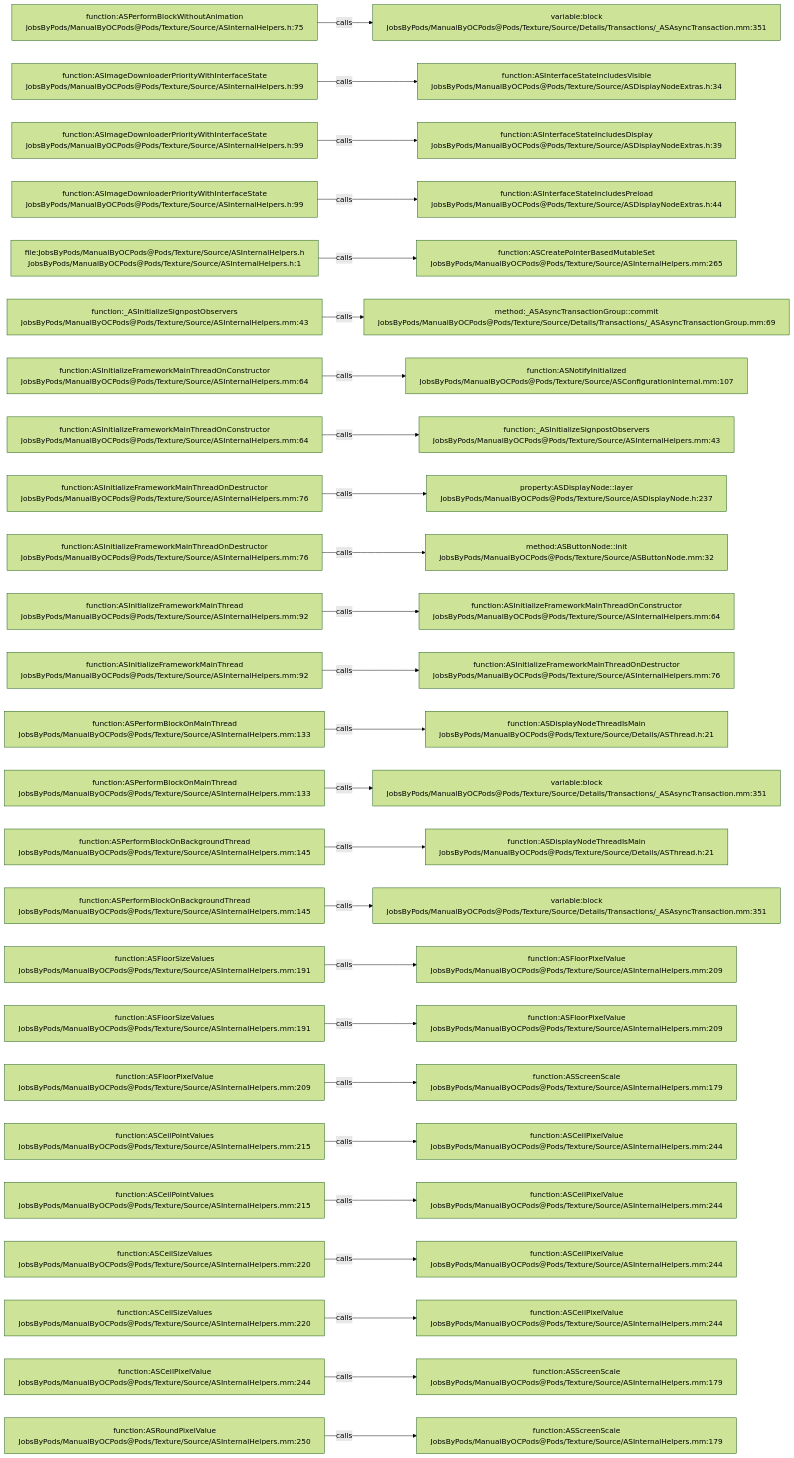
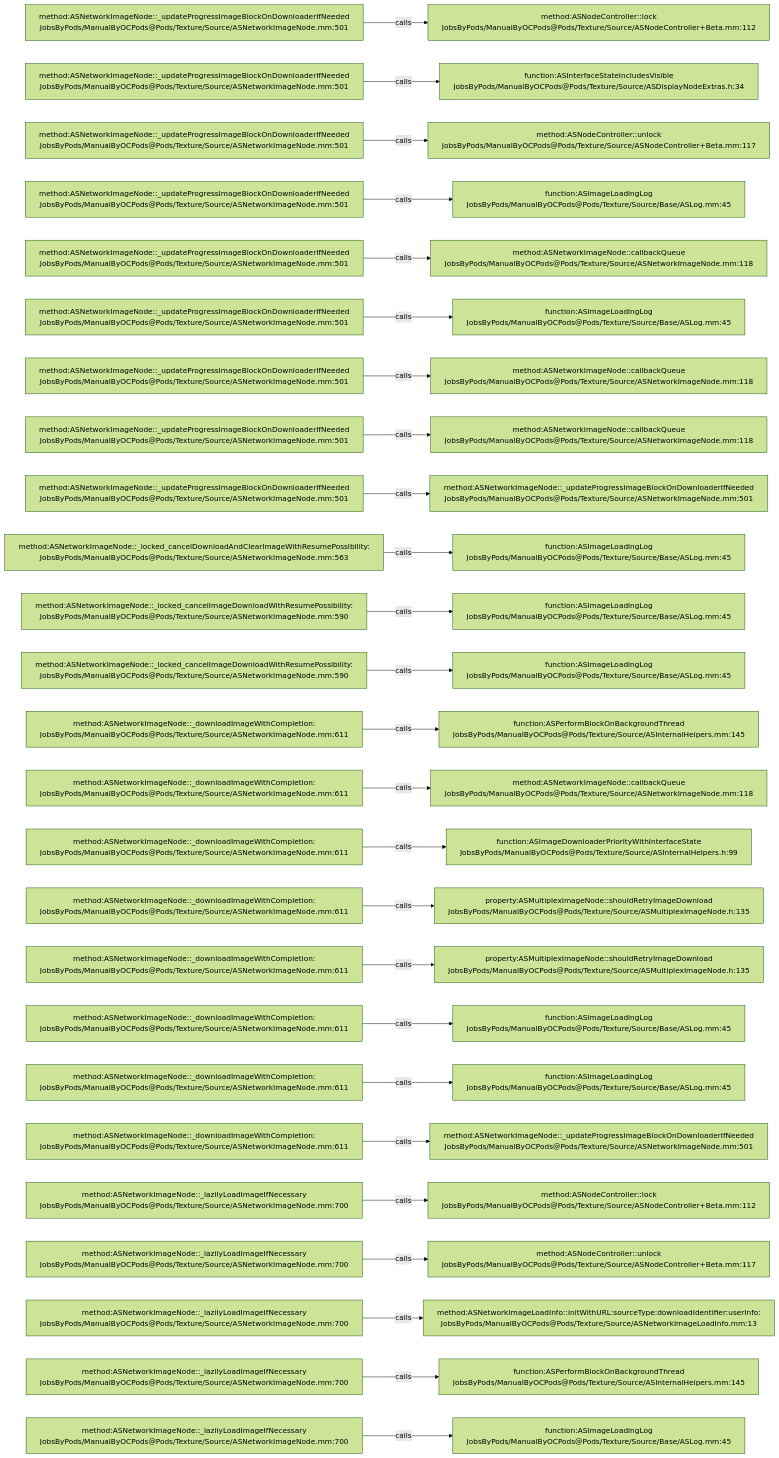
One commit to JobsKits/JobsOCBaseConfigDemo changed the diagram in .codegraph/codegraph.md/graphs/calls-103.md. Above: the diagram before and after it, drawn with Mermaid (forest theme). The commit also changed 2723 other files, not shown here.

````diff
--- a/.codegraph/codegraph.md/graphs/calls-103.md
+++ b/.codegraph/codegraph.md/graphs/calls-103.md
@@ -13,78 +13,78 @@
 ```mermaid
 flowchart LR
-  S1["function:ASPerformBlockWithoutAnimation<br/>JobsByPods/ManualByOCPods@Pods/Texture/Source/ASInternalHelpers.h:75"]
-  T1["variable:block<br/>JobsByPods/ManualByOCPods@Pods/Texture/Source/Details/Transactions/_ASAsyncTransaction.mm:351"]
+  S1["method:ASNetworkImageNode::_updateProgressImageBlockOnDownloaderIfNeeded<br/>JobsByPods/ManualByOCPods@Pods/Texture/Source/ASNetworkImageNode.mm:501"]
+  T1["method:ASNodeController::lock<br/>JobsByPods/ManualByOCPods@Pods/Texture/Source/ASNodeController+Beta.mm:112"]
   S1 -->|calls| T1
-  S2["function:ASImageDownloaderPriorityWithInterfaceState<br/>JobsByPods/ManualByOCPods@Pods/Texture/Source/ASInternalHelpers.h:99"]
+  S2["method:ASNetworkImageNode::_updateProgressImageBlockOnDownloaderIfNeeded<br/>JobsByPods/ManualByOCPods@Pods/Texture/Source/ASNetworkImageNode.mm:501"]
   T2["function:ASInterfaceStateIncludesVisible<br/>JobsByPods/ManualByOCPods@Pods/Texture/Source/ASDisplayNodeExtras.h:34"]
   S2 -->|calls| T2
-  S3["function:ASImageDownloaderPriorityWithInterfaceState<br/>JobsByPods/ManualByOCPods@Pods/Texture/Source/ASInternalHelpers.h:99"]
-  T3["function:ASInterfaceStateIncludesDisplay<br/>JobsByPods/ManualByOCPods@Pods/Texture/Source/ASDisplayNodeExtras.h:39"]
+  S3["method:ASNetworkImageNode::_updateProgressImageBlockOnDownloaderIfNeeded<br/>JobsByPods/ManualByOCPods@Pods/Texture/Source/ASNetworkImageNode.mm:501"]
+  T3["method:ASNodeController::unlock<br/>JobsByPods/ManualByOCPods@Pods/Texture/Source/ASNodeController+Beta.mm:117"]
   S3 -->|calls| T3
-  S4["function:ASImageDownloaderPriorityWithInterfaceState<br/>JobsByPods/ManualByOCPods@Pods/Texture/Source/ASInternalHelpers.h:99"]
-  T4["function:ASInterfaceStateIncludesPreload<br/>JobsByPods/ManualByOCPods@Pods/Texture/Source/ASDisplayNodeExtras.h:44"]
+  S4["method:ASNetworkImageNode::_updateProgressImageBlockOnDownloaderIfNeeded<br/>JobsByPods/ManualByOCPods@Pods/Texture/Source/ASNetworkImageNode.mm:501"]
+  T4["function:ASImageLoadingLog<br/>JobsByPods/ManualByOCPods@Pods/Texture/Source/Base/ASLog.mm:45"]
   S4 -->|calls| T4
-  S5["file:JobsByPods/ManualByOCPods@Pods/Texture/Source/ASInternalHelpers.h<br/>JobsByPods/ManualByOCPods@Pods/Texture/Source/ASInternalHelpers.h:1"]
-  T5["function:ASCreatePointerBasedMutableSet<br/>JobsByPods/ManualByOCPods@Pods/Texture/Source/ASInternalHelpers.mm:265"]
+  S5["method:ASNetworkImageNode::_updateProgressImageBlockOnDownloaderIfNeeded<br/>JobsByPods/ManualByOCPods@Pods/Texture/Source/ASNetworkImageNode.mm:501"]
+  T5["method:ASNetworkImageNode::callbackQueue<br/>JobsByPods/ManualByOCPods@Pods/Texture/Source/ASNetworkImageNode.mm:118"]
   S5 -->|calls| T5
-  S6["function:_ASInitializeSignpostObservers<br/>JobsByPods/ManualByOCPods@Pods/Texture/Source/ASInternalHelpers.mm:43"]
-  T6["method:_ASAsyncTransactionGroup::commit<br/>JobsByPods/ManualByOCPods@Pods/Texture/Source/Details/Transactions/_ASAsyncTransactionGroup.mm:69"]
+  S6["method:ASNetworkImageNode::_updateProgressImageBlockOnDownloaderIfNeeded<br/>JobsByPods/ManualByOCPods@Pods/Texture/Source/ASNetworkImageNode.mm:501"]
+  T6["function:ASImageLoadingLog<br/>JobsByPods/ManualByOCPods@Pods/Texture/Source/Base/ASLog.mm:45"]
   S6 -->|calls| T6
-  S7["function:ASInitializeFrameworkMainThreadOnConstructor<br/>JobsByPods/ManualByOCPods@Pods/Texture/Source/ASInternalHelpers.mm:64"]
-  T7["function:ASNotifyInitialized<br/>JobsByPods/ManualByOCPods@Pods/Texture/Source/ASConfigurationInternal.mm:107"]
+  S7["method:ASNetworkImageNode::_updateProgressImageBlockOnDownloaderIfNeeded<br/>JobsByPods/ManualByOCPods@Pods/Texture/Source/ASNetworkImageNode.mm:501"]
+  T7["method:ASNetworkImageNode::callbackQueue<br/>JobsByPods/ManualByOCPods@Pods/Texture/Source/ASNetworkImageNode.mm:118"]
   S7 -->|calls| T7
-  S8["function:ASInitializeFrameworkMainThreadOnConstructor<br/>JobsByPods/ManualByOCPods@Pods/Texture/Source/ASInternalHelpers.mm:64"]
-  T8["function:_ASInitializeSignpostObservers<br/>JobsByPods/ManualByOCPods@Pods/Texture/Source/ASInternalHelpers.mm:43"]
+  S8["method:ASNetworkImageNode::_updateProgressImageBlockOnDownloaderIfNeeded<br/>JobsByPods/ManualByOCPods@Pods/Texture/Source/ASNetworkImageNode.mm:501"]
+  T8["method:ASNetworkImageNode::callbackQueue<br/>JobsByPods/ManualByOCPods@Pods/Texture/Source/ASNetworkImageNode.mm:118"]
   S8 -->|calls| T8
-  S9["function:ASInitializeFrameworkMainThreadOnDestructor<br/>JobsByPods/ManualByOCPods@Pods/Texture/Source/ASInternalHelpers.mm:76"]
-  T9["property:ASDisplayNode::layer<br/>JobsByPods/ManualByOCPods@Pods/Texture/Source/ASDisplayNode.h:237"]
+  S9["method:ASNetworkImageNode::_updateProgressImageBlockOnDownloaderIfNeeded<br/>JobsByPods/ManualByOCPods@Pods/Texture/Source/ASNetworkImageNode.mm:501"]
+  T9["method:ASNetworkImageNode::_updateProgressImageBlockOnDownloaderIfNeeded<br/>JobsByPods/ManualByOCPods@Pods/Texture/Source/ASNetworkImageNode.mm:501"]
   S9 -->|calls| T9
-  S10["function:ASInitializeFrameworkMainThreadOnDestructor<br/>JobsByPods/ManualByOCPods@Pods/Texture/Source/ASInternalHelpers.mm:76"]
-  T10["method:ASButtonNode::init<br/>JobsByPods/ManualByOCPods@Pods/Texture/Source/ASButtonNode.mm:32"]
+  S10["method:ASNetworkImageNode::_locked_cancelDownloadAndClearImageWithResumePossibility:<br/>JobsByPods/ManualByOCPods@Pods/Texture/Source/ASNetworkImageNode.mm:563"]
+  T10["function:ASImageLoadingLog<br/>JobsByPods/ManualByOCPods@Pods/Texture/Source/Base/ASLog.mm:45"]
   S10 -->|calls| T10
-  S11["function:ASInitializeFrameworkMainThread<br/>JobsByPods/ManualByOCPods@Pods/Texture/Source/ASInternalHelpers.mm:92"]
-  T11["function:ASInitializeFrameworkMainThreadOnConstructor<br/>JobsByPods/ManualByOCPods@Pods/Texture/Source/ASInternalHelpers.mm:64"]
+  S11["method:ASNetworkImageNode::_locked_cancelImageDownloadWithResumePossibility:<br/>JobsByPods/ManualByOCPods@Pods/Texture/Source/ASNetworkImageNode.mm:590"]
+  T11["function:ASImageLoadingLog<br/>JobsByPods/ManualByOCPods@Pods/Texture/Source/Base/ASLog.mm:45"]
   S11 -->|calls| T11
-  S12["function:ASInitializeFrameworkMainThread<br/>JobsByPods/ManualByOCPods@Pods/Texture/Source/ASInternalHelpers.mm:92"]
-  T12["function:ASInitializeFrameworkMainThreadOnDestructor<br/>JobsByPods/ManualByOCPods@Pods/Texture/Source/ASInternalHelpers.mm:76"]
+  S12["method:ASNetworkImageNode::_locked_cancelImageDownloadWithResumePossibility:<br/>JobsByPods/ManualByOCPods@Pods/Texture/Source/ASNetworkImageNode.mm:590"]
+  T12["function:ASImageLoadingLog<br/>JobsByPods/ManualByOCPods@Pods/Texture/Source/Base/ASLog.mm:45"]
   S12 -->|calls| T12
-  S13["function:ASPerformBlockOnMainThread<br/>JobsByPods/ManualByOCPods@Pods/Texture/Source/ASInternalHelpers.mm:133"]
-  T13["function:ASDisplayNodeThreadIsMain<br/>JobsByPods/ManualByOCPods@Pods/Texture/Source/Details/ASThread.h:21"]
+  S13["method:ASNetworkImageNode::_downloadImageWithCompletion:<br/>JobsByPods/ManualByOCPods@Pods/Texture/Source/ASNetworkImageNode.mm:611"]
+  T13["function:ASPerformBlockOnBackgroundThread<br/>JobsByPods/ManualByOCPods@Pods/Texture/Source/ASInternalHelpers.mm:145"]
   S13 -->|calls| T13
-  S14["function:ASPerformBlockOnMainThread<br/>JobsByPods/ManualByOCPods@Pods/Texture/Source/ASInternalHelpers.mm:133"]
-  T14["variable:block<br/>JobsByPods/ManualByOCPods@Pods/Texture/Source/Details/Transactions/_ASAsyncTransaction.mm:351"]
+  S14["method:ASNetworkImageNode::_downloadImageWithCompletion:<br/>JobsByPods/ManualByOCPods@Pods/Texture/Source/ASNetworkImageNode.mm:611"]
+  T14["method:ASNetworkImageNode::callbackQueue<br/>JobsByPods/ManualByOCPods@Pods/Texture/Source/ASNetworkImageNode.mm:118"]
   S14 -->|calls| T14
-  S15["function:ASPerformBlockOnBackgroundThread<br/>JobsByPods/ManualByOCPods@Pods/Texture/Source/ASInternalHelpers.mm:145"]
-  T15["function:ASDisplayNodeThreadIsMain<br/>JobsByPods/ManualByOCPods@Pods/Texture/Source/Details/ASThread.h:21"]
+  S15["method:ASNetworkImageNode::_downloadImageWithCompletion:<br/>JobsByPods/ManualByOCPods@Pods/Texture/Source/ASNetworkImageNode.mm:611"]
+  T15["function:ASImageDownloaderPriorityWithInterfaceState<br/>JobsByPods/ManualByOCPods@Pods/Texture/Source/ASInternalHelpers.h:99"]
   S15 -->|calls| T15
-  S16["function:ASPerformBlockOnBackgroundThread<br/>JobsByPods/ManualByOCPods@Pods/Texture/Source/ASInternalHelpers.mm:145"]
-  T16["variable:block<br/>JobsByPods/ManualByOCPods@Pods/Texture/Source/Details/Transactions/_ASAsyncTransaction.mm:351"]
+  S16["method:ASNetworkImageNode::_downloadImageWithCompletion:<br/>JobsByPods/ManualByOCPods@Pods/Texture/Source/ASNetworkImageNode.mm:611"]
+  T16["property:ASMultiplexImageNode::shouldRetryImageDownload<br/>JobsByPods/ManualByOCPods@Pods/Texture/Source/ASMultiplexImageNode.h:135"]
   S16 -->|calls| T16
-  S17["function:ASFloorSizeValues<br/>JobsByPods/ManualByOCPods@Pods/Texture/Source/ASInternalHelpers.mm:191"]
-  T17["function:ASFloorPixelValue<br/>JobsByPods/ManualByOCPods@Pods/Texture/Source/ASInternalHelpers.mm:209"]
+  S17["method:ASNetworkImageNode::_downloadImageWithCompletion:<br/>JobsByPods/ManualByOCPods@Pods/Texture/Source/ASNetworkImageNode.mm:611"]
+  T17["property:ASMultiplexImageNode::shouldRetryImageDownload<br/>JobsByPods/ManualByOCPods@Pods/Texture/Source/ASMultiplexImageNode.h:135"]
   S17 -->|calls| T17
-  S18["function:ASFloorSizeValues<br/>JobsByPods/ManualByOCPods@Pods/Texture/Source/ASInternalHelpers.mm:191"]
-  T18["function:ASFloorPixelValue<br/>JobsByPods/ManualByOCPods@Pods/Texture/Source/ASInternalHelpers.mm:209"]
+  S18["method:ASNetworkImageNode::_downloadImageWithCompletion:<br/>JobsByPods/ManualByOCPods@Pods/Texture/Source/ASNetworkImageNode.mm:611"]
+  T18["function:ASImageLoadingLog<br/>JobsByPods/ManualByOCPods@Pods/Texture/Source/Base/ASLog.mm:45"]
   S18 -->|calls| T18
-  S19["function:ASFloorPixelValue<br/>JobsByPods/ManualByOCPods@Pods/Texture/Source/ASInternalHelpers.mm:209"]
-  T19["function:ASScreenScale<br/>JobsByPods/ManualByOCPods@Pods/Texture/Source/ASInternalHelpers.mm:179"]
+  S19["method:ASNetworkImageNode::_downloadImageWithCompletion:<br/>JobsByPods/ManualByOCPods@Pods/Texture/Source/ASNetworkImageNode.mm:611"]
+  T19["function:ASImageLoadingLog<br/>JobsByPods/ManualByOCPods@Pods/Texture/Source/Base/ASLog.mm:45"]
   S19 -->|calls| T19
-  S20["function:ASCeilPointValues<br/>JobsByPods/ManualByOCPods@Pods/Texture/Source/ASInternalHelpers.mm:215"]
-  T20["function:ASCeilPixelValue<br/>JobsByPods/ManualByOCPods@Pods/Texture/Source/ASInternalHelpers.mm:244"]
+  S20["method:ASNetworkImageNode::_downloadImageWithCompletion:<br/>JobsByPods/ManualByOCPods@Pods/Texture/Source/ASNetworkImageNode.mm:611"]
+  T20["method:ASNetworkImageNode::_updateProgressImageBlockOnDownloaderIfNeeded<br/>JobsByPods/ManualByOCPods@Pods/Texture/Source/ASNetworkImageNode.mm:501"]
   S20 -->|calls| T20
-  S21["function:ASCeilPointValues<br/>JobsByPods/ManualByOCPods@Pods/Texture/Source/ASInternalHelpers.mm:215"]
-  T21["function:ASCeilPixelValue<br/>JobsByPods/ManualByOCPods@Pods/Texture/Source/ASInternalHelpers.mm:244"]
+  S21["method:ASNetworkImageNode::_lazilyLoadImageIfNecessary<br/>JobsByPods/ManualByOCPods@Pods/Texture/Source/ASNetworkImageNode.mm:700"]
+  T21["method:ASNodeController::lock<br/>JobsByPods/ManualByOCPods@Pods/Texture/Source/ASNodeController+Beta.mm:112"]
   S21 -->|calls| T21
-  S22["function:ASCeilSizeValues<br/>JobsByPods/ManualByOCPods@Pods/Texture/Source/ASInternalHelpers.mm:220"]
-  T22["function:ASCeilPixelValue<br/>JobsByPods/ManualByOCPods@Pods/Texture/Source/ASInternalHelpers.mm:244"]
+  S22["method:ASNetworkImageNode::_lazilyLoadImageIfNecessary<br/>JobsByPods/ManualByOCPods@Pods/Texture/Source/ASNetworkImageNode.mm:700"]
+  T22["method:ASNodeController::unlock<br/>JobsByPods/ManualByOCPods@Pods/Texture/Source/ASNodeController+Beta.mm:117"]
   S22 -->|calls| T22
-  S23["function:ASCeilSizeValues<br/>JobsByPods/ManualByOCPods@Pods/Texture/Source/ASInternalHelpers.mm:220"]
-  T23["function:ASCeilPixelValue<br/>JobsByPods/ManualByOCPods@Pods/Texture/Source/ASInternalHelpers.mm:244"]
+  S23["method:ASNetworkImageNode::_lazilyLoadImageIfNecessary<br/>JobsByPods/ManualByOCPods@Pods/Texture/Source/ASNetworkImageNode.mm:700"]
+  T23["method:ASNetworkImageLoadInfo::initWithURL:sourceType:downloadIdentifier:userInfo:<br/>JobsByPods/ManualByOCPods@Pods/Texture/Source/ASNetworkImageLoadInfo.mm:13"]
   S23 -->|calls| T23
-  S24["function:ASCeilPixelValue<br/>JobsByPods/ManualByOCPods@Pods/Texture/Source/ASInternalHelpers.mm:244"]
-  T24["function:ASScreenScale<br/>JobsByPods/ManualByOCPods@Pods/Texture/Source/ASInternalHelpers.mm:179"]
+  S24["method:ASNetworkImageNode::_lazilyLoadImageIfNecessary<br/>JobsByPods/ManualByOCPods@Pods/Texture/Source/ASNetworkImageNode.mm:700"]
+  T24["function:ASPerformBlockOnBackgroundThread<br/>JobsByPods/ManualByOCPods@Pods/Texture/Source/ASInternalHelpers.mm:145"]
   S24 -->|calls| T24
-  S25["function:ASRoundPixelValue<br/>JobsByPods/ManualByOCPods@Pods/Texture/Source/ASInternalHelpers.mm:250"]
-  T25["function:ASScreenScale<br/>JobsByPods/ManualByOCPods@Pods/Texture/Source/ASInternalHelpers.mm:179"]
+  S25["method:ASNetworkImageNode::_lazilyLoadImageIfNecessary<br/>JobsByPods/ManualByOCPods@Pods/Texture/Source/ASNetworkImageNode.mm:700"]
+  T25["function:ASImageLoadingLog<br/>JobsByPods/ManualByOCPods@Pods/Texture/Source/Base/ASLog.mm:45"]
   S25 -->|calls| T25
 ```
````
